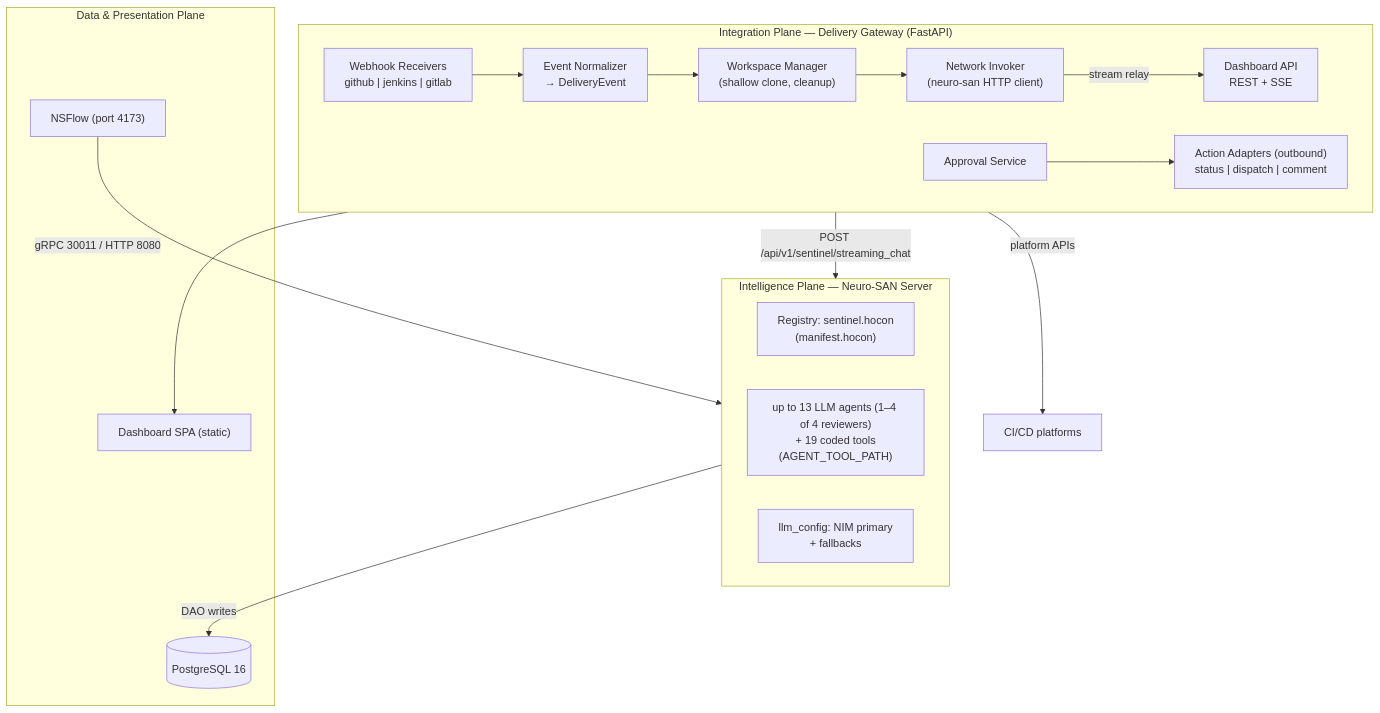
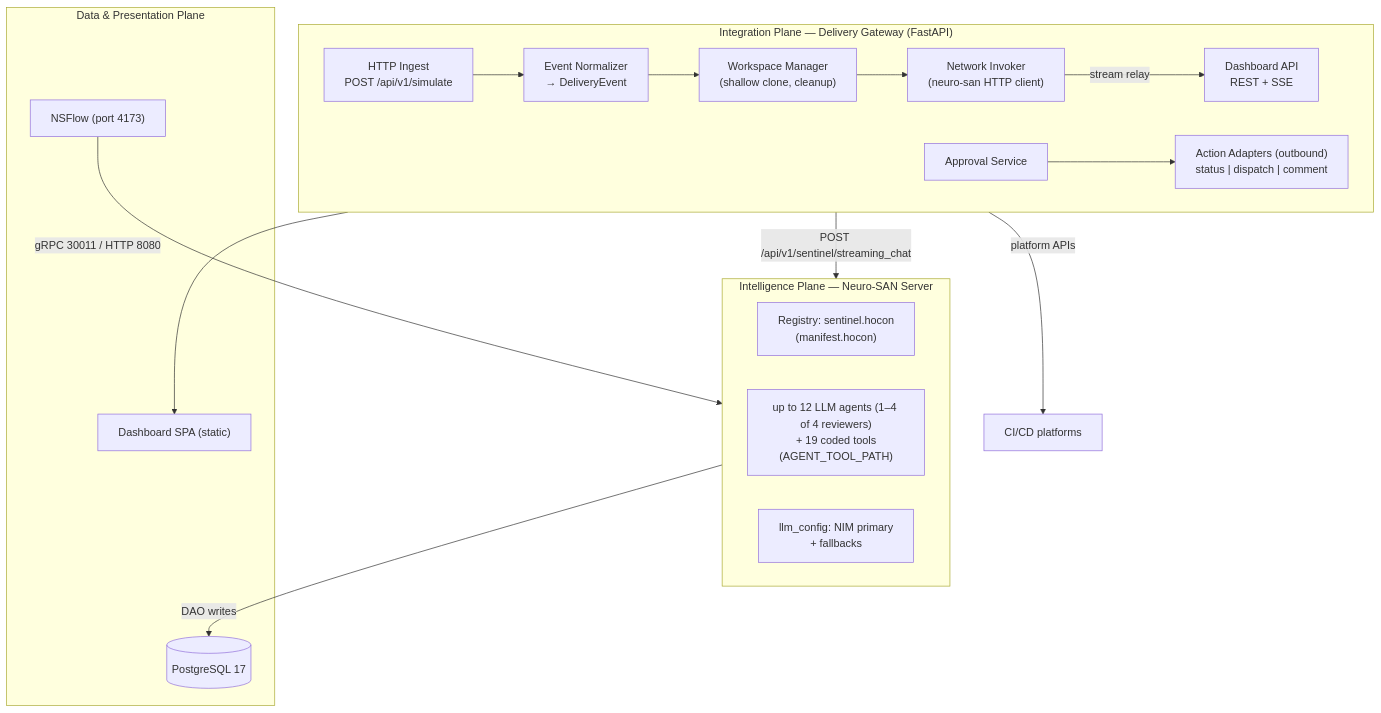
One commit to anandharshit712/Sentinel changed the first of 3 diagrams in docs/solution/03-hld.md. Above: the diagram before and after it, drawn with Mermaid. The commit also changed other lines of this file and 8 other files, not shown here.

````diff
--- a/docs/solution/03-hld.md
+++ b/docs/solution/03-hld.md
@@ -29,35 +31,35 @@
 ```mermaid
 flowchart TB
     subgraph P1["Integration Plane — Delivery Gateway (FastAPI)"]
         direction LR
-        WH["Webhook Receivers<br/>github | jenkins | gitlab"]
+        WH["HTTP Ingest<br/>POST /api/v1/simulate"]
         NORM["Event Normalizer<br/>→ DeliveryEvent"]
         WS["Workspace Manager<br/>(shallow clone, cleanup)"]
         INV["Network Invoker<br/>(neuro-san HTTP client)"]
         ACT["Action Adapters (outbound)<br/>status | dispatch | comment"]
         API["Dashboard API<br/>REST + SSE"]
         APPR["Approval Service"]
     end
 
     subgraph P2["Intelligence Plane — Neuro-SAN Server"]
         direction LR
         REG["Registry: sentinel.hocon<br/>(manifest.hocon)"]
-        AG["up to 13 LLM agents (1–4 of 4 reviewers)<br/>+ 19 coded tools<br/>(AGENT_TOOL_PATH)"]
+        AG["up to 12 LLM agents (1–4 of 4 reviewers)<br/>+ 19 coded tools<br/>(AGENT_TOOL_PATH)"]
         LLM["llm_config: NIM primary<br/>+ fallbacks"]
     end
 
     subgraph P3["Data & Presentation Plane"]
-        PG[("PostgreSQL 16")]
+        PG[("PostgreSQL 17")]
         UI["Dashboard SPA (static)"]
         NF["NSFlow (port 4173)"]
     end
 
     WH --> NORM --> WS --> INV
     INV -->|"POST /api/v1/sentinel/streaming_chat"| REG
     AG -->|"DAO writes"| PG
     INV -->|"stream relay"| API
     API --> UI
     APPR --> ACT
     ACT -->|"platform APIs"| EXT["CI/CD platforms"]
     NF -->|"gRPC 30011 / HTTP 8080"| REG
 ```
````
